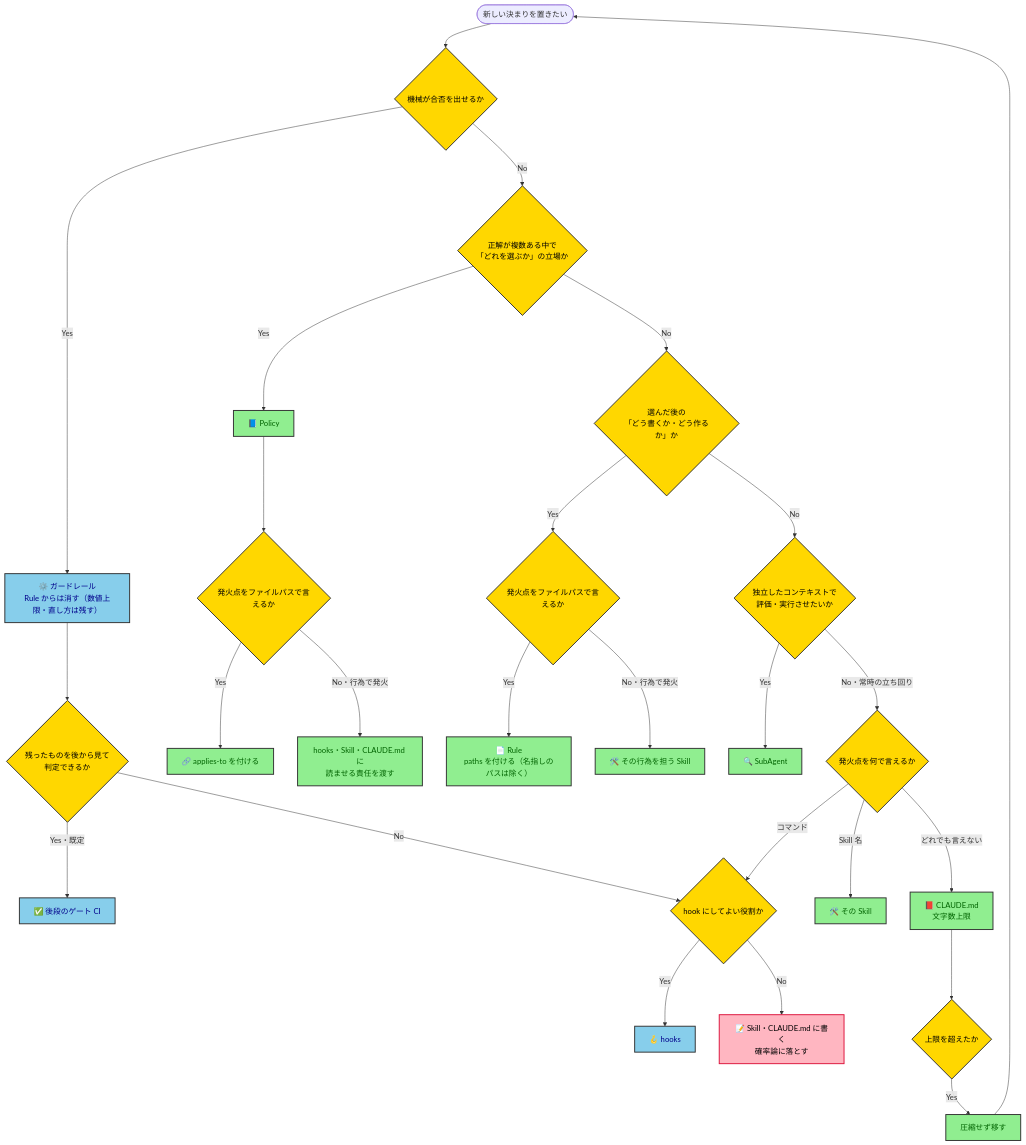
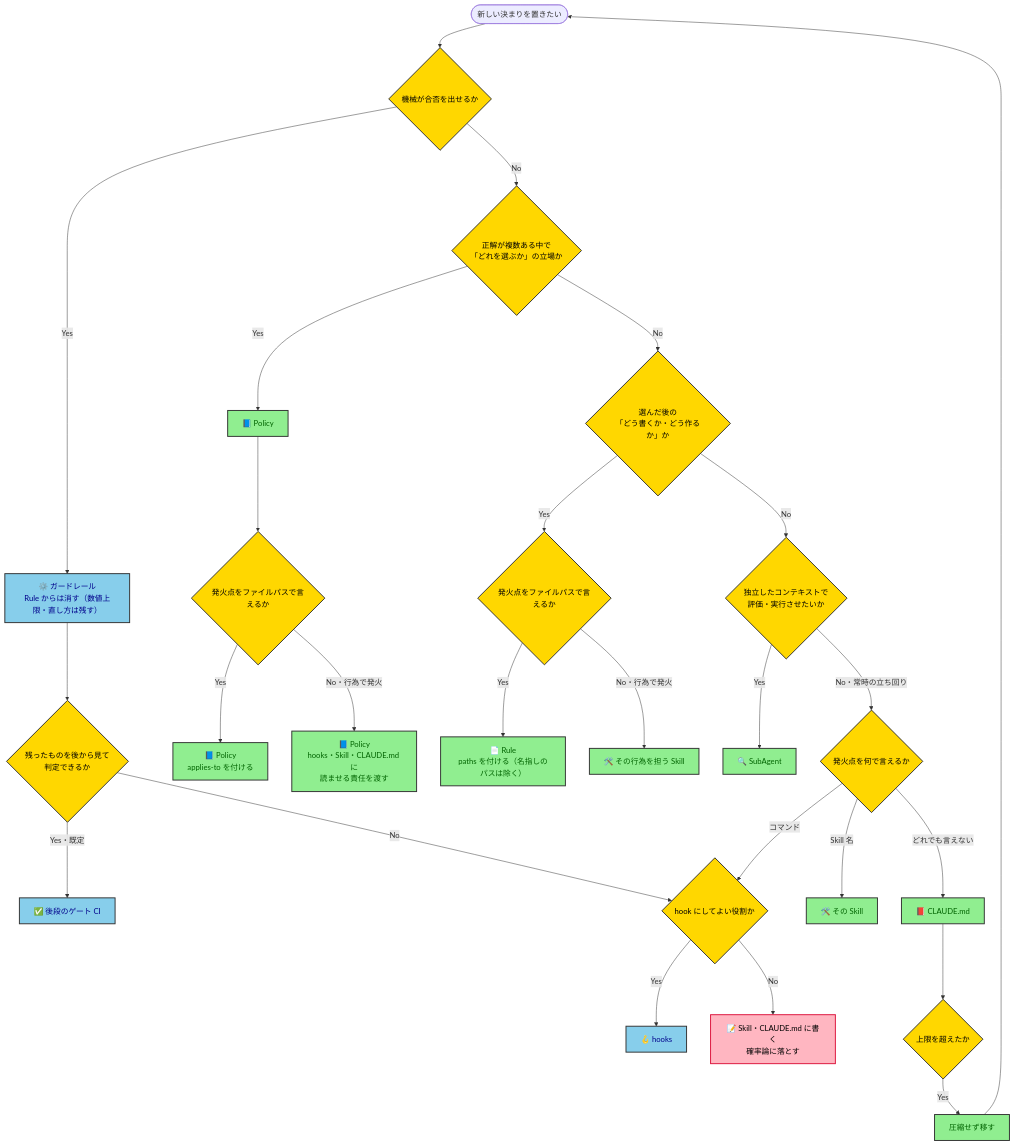
The diagram in docs/policy/policy-driven-development-policy.md (kasiopeiya/claude-dev-template), drawn with Mermaid before and after one commit. The commit also changed other lines of this file, not shown here.

````diff
--- a/docs/policy/policy-driven-development-policy.md
+++ b/docs/policy/policy-driven-development-policy.md
@@ -72,45 +70,45 @@
 ```mermaid
 flowchart TD
     Start(["新しい決まりを置きたい"]) --> Q1{"機械が合否を出せるか"}
 
     Q1 -->|Yes| Guard["⚙️ ガードレール<br/>Rule からは消す（数値上限・直し方は残す）"]
     Q1 -->|No| Q2{"正解が複数ある中で<br/>「どれを選ぶか」の立場か"}
 
     Guard --> Q4{"残ったものを後から見て<br/>判定できるか"}
     Q4 -->|"Yes・既定"| CI["✅ 後段のゲート CI"]
     Q4 -->|No| Q5{"hook にしてよい役割か"}
     Q5 -->|Yes| Hook["🪝 hooks"]
     Q5 -->|No| Prose["📝 Skill・CLAUDE.md に書く<br/>確率論に落とす"]
 
     Q2 -->|Yes| Policy["📘 Policy"]
     Q2 -->|No| Q3{"選んだ後の<br/>「どう書くか・どう作るか」か"}
 
     Policy --> Q6{"発火点をファイルパスで言えるか"}
-    Q6 -->|Yes| Applies["🔗 applies-to を付ける"]
-    Q6 -->|"No・行為で発火"| NoApplies["hooks・Skill・CLAUDE.md に<br/>読ませる責任を渡す"]
+    Q6 -->|Yes| Applies["📘 Policy<br/>applies-to を付ける"]
+    Q6 -->|"No・行為で発火"| NoApplies["📘 Policy<br/>hooks・Skill・CLAUDE.md に<br/>読ませる責任を渡す"]
 
     Q3 -->|Yes| Q9{"発火点をファイルパスで言えるか"}
     Q9 -->|Yes| Rule["📄 Rule<br/>paths を付ける（名指しのパスは除く）"]
     Q9 -->|"No・行為で発火"| SkillHow["🛠️ その行為を担う Skill"]
     Q3 -->|No| Q10{"独立したコンテキストで<br/>評価・実行させたいか"}
 
     Q10 -->|Yes| SubAgent["🔍 SubAgent"]
     Q10 -->|"No・常時の立ち回り"| Q7{"発火点を何で言えるか"}
 
     Q7 -->|コマンド| Q5
     Q7 -->|"Skill 名"| SkillPlace["🛠️ その Skill"]
-    Q7 -->|"どれでも言えない"| Claude["📕 CLAUDE.md<br/>文字数上限"]
+    Q7 -->|"どれでも言えない"| Claude["📕 CLAUDE.md"]
     Claude --> Q8{"上限を超えたか"}
     Q8 -->|Yes| Move["圧縮せず移す"]
     Move --> Start
 
     classDef decision fill:#FFD700,stroke:#333,stroke-width:2px,color:black
     classDef place fill:#90EE90,stroke:#333,stroke-width:2px,color:darkgreen
     classDef machine fill:#87CEEB,stroke:#333,stroke-width:2px,color:darkblue
     classDef weak fill:#FFB6C1,stroke:#DC143C,stroke-width:2px,color:black
 
     class Q1,Q2,Q3,Q4,Q5,Q6,Q7,Q8,Q9,Q10 decision
     class Policy,Applies,NoApplies,Rule,SkillHow,SubAgent,SkillPlace,Claude,Move place
     class Guard,CI,Hook machine
     class Prose weak
 ```
````
